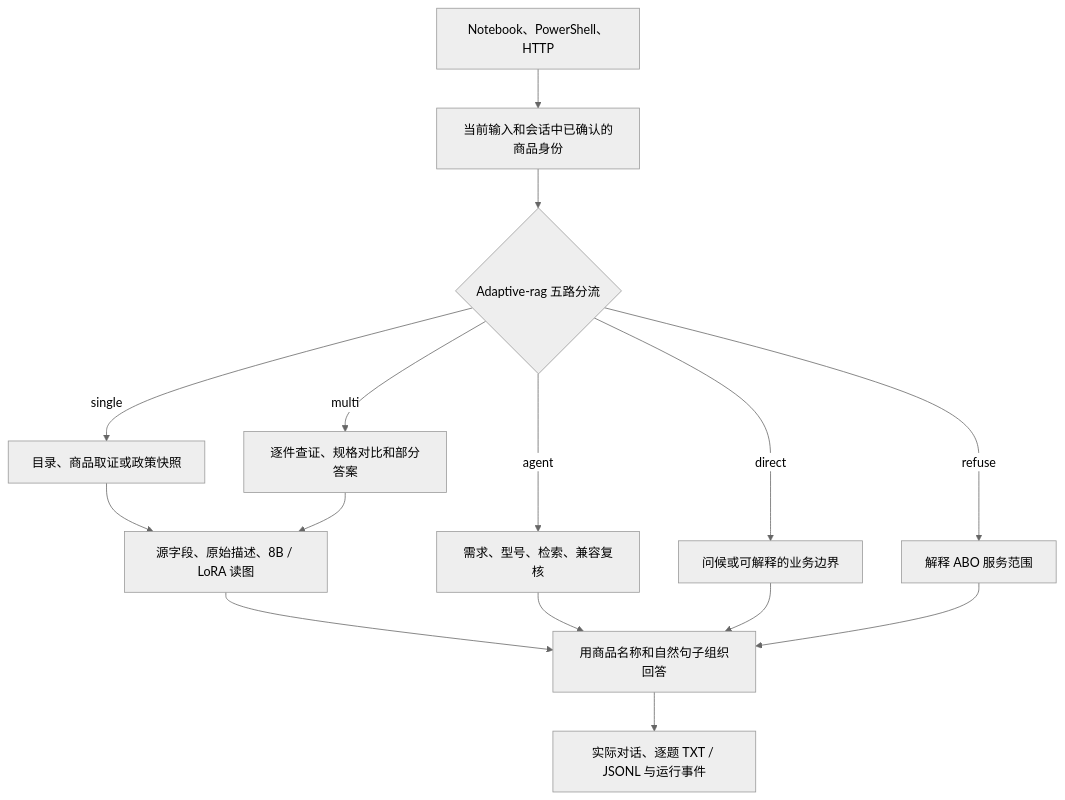
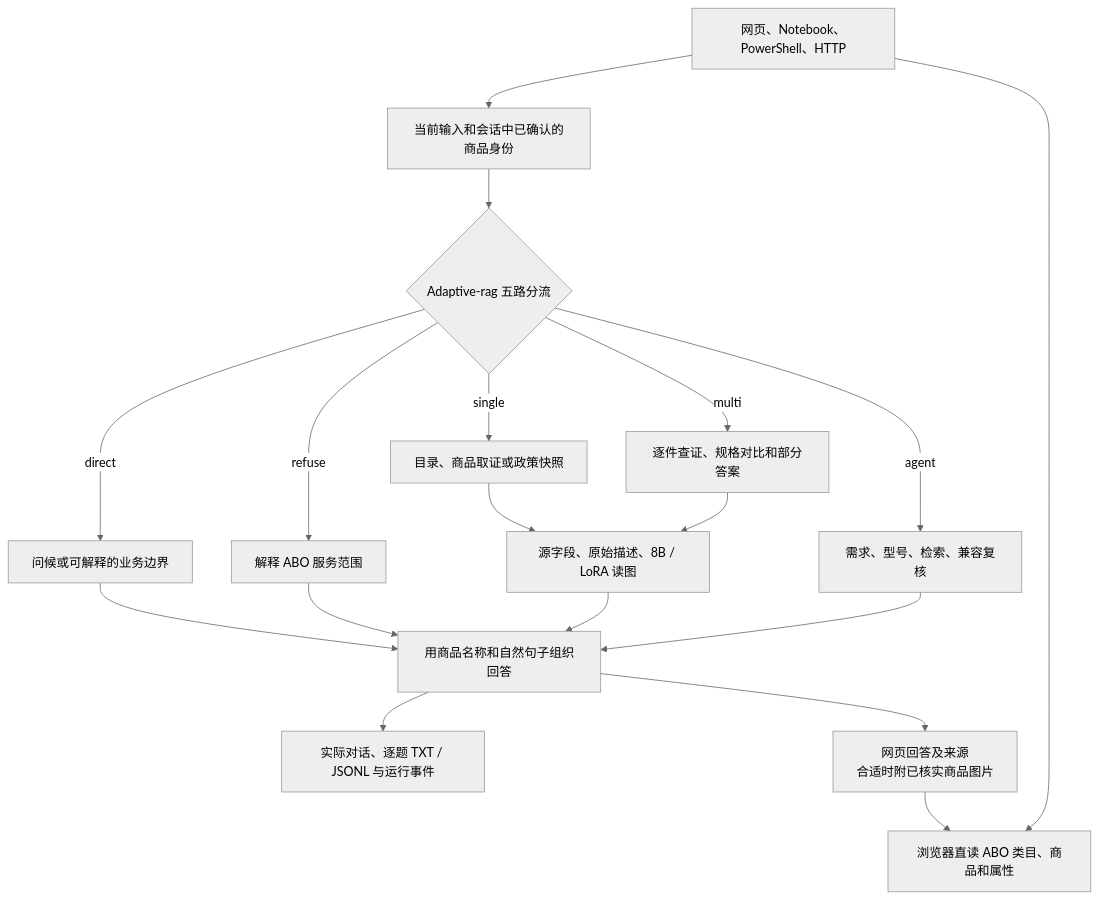
The diagram in docs/ABO架构与验证.md (AaronYue77/ABO-Adaptive-RAG), drawn with Mermaid (neutral theme) before and after one commit. The commit also changed 22 other files, not shown here.

````diff
--- a/docs/ABO架构与验证.md
+++ b/docs/ABO架构与验证.md
@@ -7,17 +7,20 @@
 ```mermaid
 flowchart TD
-    A["Notebook、PowerShell、HTTP"] --> B["当前输入和会话中已确认的商品身份"]
+    A["网页、Notebook、PowerShell、HTTP"] --> B["当前输入和会话中已确认的商品身份"]
+    A --> browse["浏览器直读 ABO 类目、商品和属性"]
     B --> R{"Adaptive-rag 五路分流"}
     R -->|direct| D["问候或可解释的业务边界"]
     R -->|refuse| F["解释 ABO 服务范围"]
     R -->|single| S["目录、商品取证或政策快照"]
     R -->|multi| M["逐件查证、规格对比和部分答案"]
     R -->|agent| G["需求、型号、检索、兼容复核"]
     S --> E["源字段、原始描述、8B / LoRA 读图"]
     M --> E
     E --> P["用商品名称和自然句子组织回答"]
     G --> P
     D --> P
     F --> P
     P --> T["实际对话、逐题 TXT / JSONL 与运行事件"]
+    P --> W["网页回答及来源<br/>合适时附已核实商品图片"]
+    W --> browse
 ```
````
